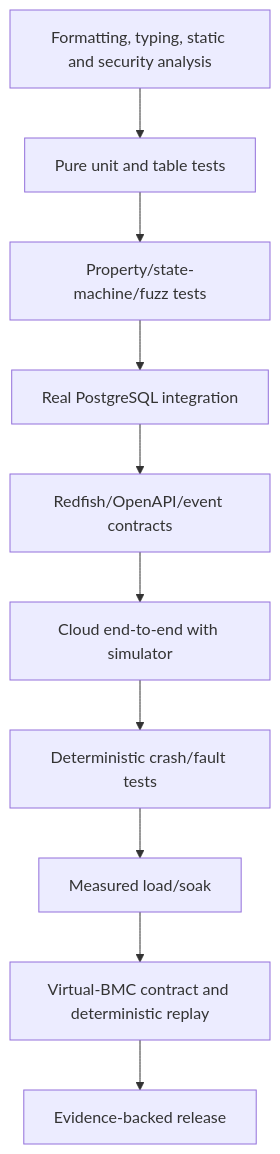
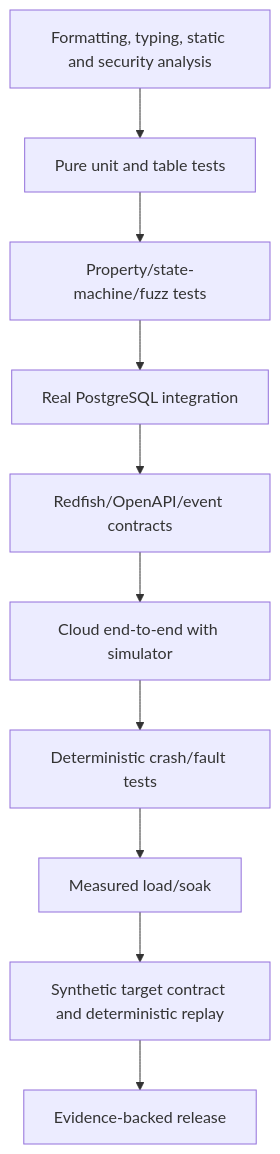
One commit to parth10-05/FleetForge changed the diagram in docs/implementation-plan/testing-strategy.md. Above: the diagram before and after it, drawn with Mermaid. The commit also changed other lines of this file and 64 other files, not shown here.

Commit message:
docs: align architecture with synthetic target backend

````diff
--- a/docs/implementation-plan/testing-strategy.md
+++ b/docs/implementation-plan/testing-strategy.md
@@ -9,12 +9,12 @@
 ```mermaid
 flowchart TD
   Static[Formatting, typing, static and security analysis] --> Unit[Pure unit and table tests]
   Unit --> Property[Property/state-machine/fuzz tests]
   Property --> DB[Real PostgreSQL integration]
   DB --> Contract[Redfish/OpenAPI/event contracts]
   Contract --> E2E[Cloud end-to-end with simulator]
   E2E --> Fault[Deterministic crash/fault tests]
   Fault --> Load[Measured load/soak]
-  Load --> Replay[Virtual-BMC contract and deterministic replay]
+  Load --> Replay[Synthetic target contract and deterministic replay]
   Replay --> Release[Evidence-backed release]
 ```
````
